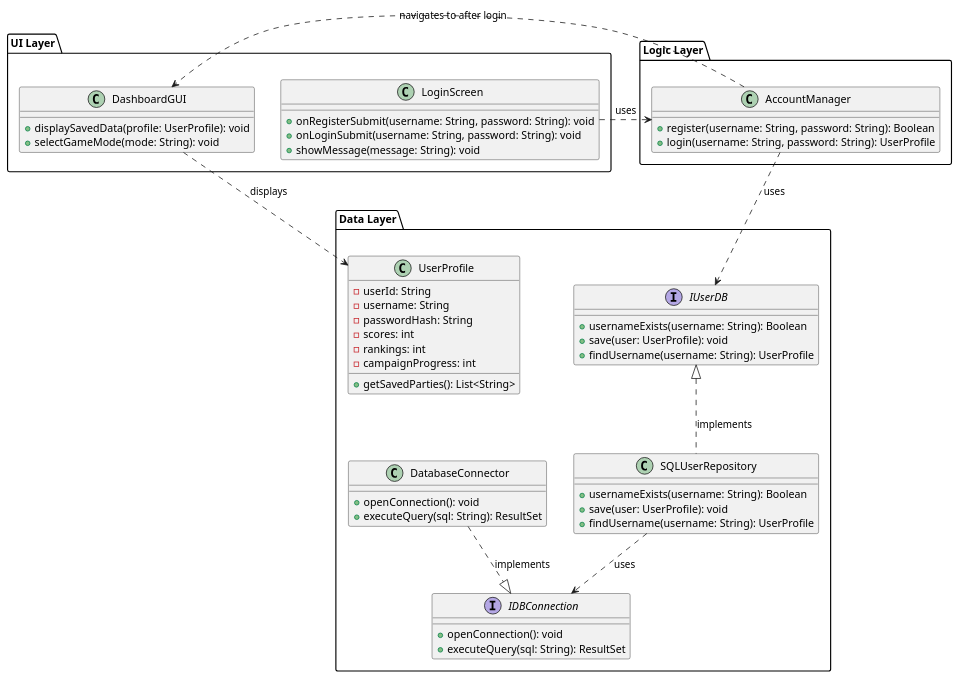
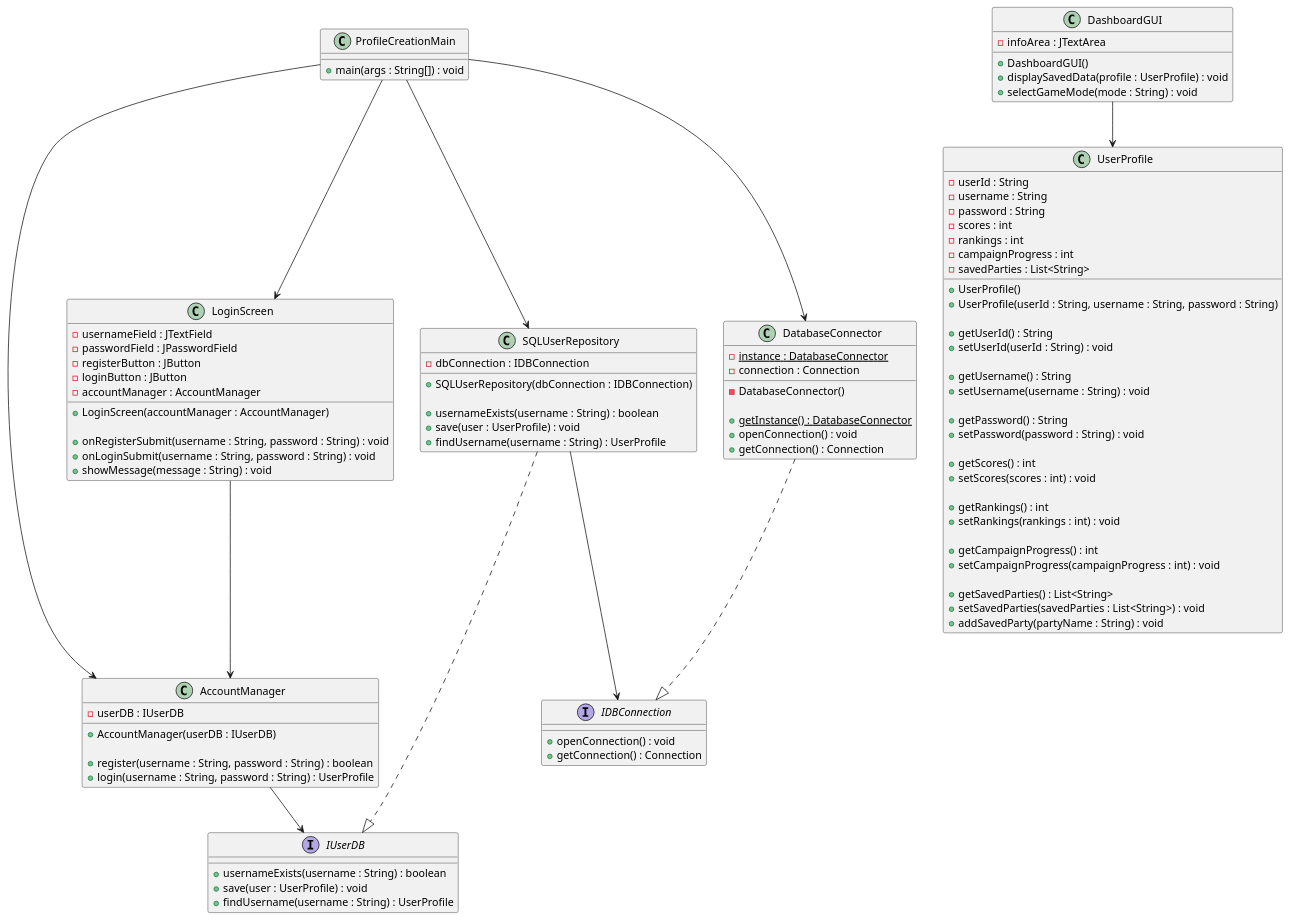
Before and after one commit to The-RealMojo/Legends-Of-Swords: the diagram in src/ProfileCreationSystem/ProfileCreationSystem.puml, drawn with PlantUML.

Commit message:
Refactor UML diagram for Profile Creation System

```diff
--- a/src/ProfileCreationSystem/ProfileCreationSystem.puml
+++ b/src/ProfileCreationSystem/ProfileCreationSystem.puml
@@ -1,67 +1,119 @@
 @startuml
-package "UI Layer" {
-    class LoginScreen {
-        + onRegisterSubmit(username: String, password: String): void
-        + onLoginSubmit(username: String, password: String): void
-        + showMessage(message: String): void
-    }
 
-    class DashboardGUI {
-        + displaySavedData(profile: UserProfile): void
-        + selectGameMode(mode: String): void
-    }
+interface IUserDB {
+    + usernameExists(username : String) : boolean
+    + save(user : UserProfile) : void
+    + findUsername(username : String) : UserProfile
 }
 
-package "Logic Layer" {
-    class AccountManager {
-        + register(username: String, password: String): Boolean
-        + login(username: String, password: String): UserProfile
-    }
+interface IDBConnection {
+    + openConnection() : void
+    + getConnection() : Connection
 }
 
-package "Data Layer" {
-    class UserProfile {
-        - userId: String
-        - username: String
-        - passwordHash: String
-        - scores: int
-        - rankings: int
-        - campaignProgress: int
-        + getSavedParties(): List<String>
-    }
+class UserProfile {
+    - userId : String
+    - username : String
+    - password : String
+    - scores : int
+    - rankings : int
+    - campaignProgress : int
+    - savedParties : List<String>
 
-    interface IUserDB {
-        + usernameExists(username: String): Boolean
-        + save(user: UserProfile): void
-        + findUsername(username: String): UserProfile
-    }
+    + UserProfile()
+    + UserProfile(userId : String, username : String, password : String)
 
-    class SQLUserRepository {
-        + usernameExists(username: String): Boolean
-        + save(user: UserProfile): void
-        + findUsername(username: String): UserProfile
-    }
+    + getUserId() : String
+    + setUserId(userId : String) : void
 
-    interface IDBConnection {
-        + openConnection(): void
-        + executeQuery(sql: String): ResultSet
-    }
+    + getUsername() : String
+    + setUsername(username : String) : void
 
-    class DatabaseConnector {
-        + openConnection(): void
-        + executeQuery(sql: String): ResultSet
-    }
+    + getPassword() : String
+    + setPassword(password : String) : void
+
+    + getScores() : int
+    + setScores(scores : int) : void
+
+    + getRankings() : int
+    + setRankings(rankings : int) : void
+
+    + getCampaignProgress() : int
+    + setCampaignProgress(campaignProgress : int) : void
+
+    + getSavedParties() : List<String>
+    + setSavedParties(savedParties : List<String>) : void
+    + addSavedParty(partyName : String) : void
 }
 
-' Relationships
-LoginScreen ..> AccountManager : uses
-AccountManager ..> IUserDB : uses
-IUserDB <|.. SQLUserRepository : implements
+class AccountManager {
+    - userDB : IUserDB
 
-SQLUserRepository ..> IDBConnection : uses
-DatabaseConnector ..|> IDBConnection : implements
+    + AccountManager(userDB : IUserDB)
 
-AccountManager ..> DashboardGUI : navigates to after login
-DashboardGUI ..> UserProfile : displays
+    + register(username : String, password : String) : boolean
+    + login(username : String, password : String) : UserProfile
+}
+
+class SQLUserRepository {
+    - dbConnection : IDBConnection
+
+    + SQLUserRepository(dbConnection : IDBConnection)
+
+    + usernameExists(username : String) : boolean
+    + save(user : UserProfile) : void
+    + findUsername(username : String) : UserProfile
+}
+
+class DatabaseConnector {
+    - instance : DatabaseConnector {static}
+    - connection : Connection
+
+    - DatabaseConnector()
+
+    + getInstance() : DatabaseConnector {static}
+    + openConnection() : void
+    + getConnection() : Connection
+}
+
+class LoginScreen {
+    - usernameField : JTextField
+    - passwordField : JPasswordField
+    - registerButton : JButton
+    - loginButton : JButton
+    - accountManager : AccountManager
+
+    + LoginScreen(accountManager : AccountManager)
+
+    + onRegisterSubmit(username : String, password : String) : void
+    + onLoginSubmit(username : String, password : String) : void
+    + showMessage(message : String) : void
+}
+
+class DashboardGUI {
+    - infoArea : JTextArea
+
+    + DashboardGUI()
+    + displaySavedData(profile : UserProfile) : void
+    + selectGameMode(mode : String) : void
+}
+
+class ProfileCreationMain {
+    + main(args : String[]) : void
+}
+
+LoginScreen --> AccountManager
+AccountManager --> IUserDB
+SQLUserRepository ..|> IUserDB
+
+SQLUserRepository --> IDBConnection
+DatabaseConnector ..|> IDBConnection
+
+DashboardGUI --> UserProfile
+
+ProfileCreationMain --> DatabaseConnector
+ProfileCreationMain --> SQLUserRepository
+ProfileCreationMain --> AccountManager
+ProfileCreationMain --> LoginScreen
 
 @enduml
```
